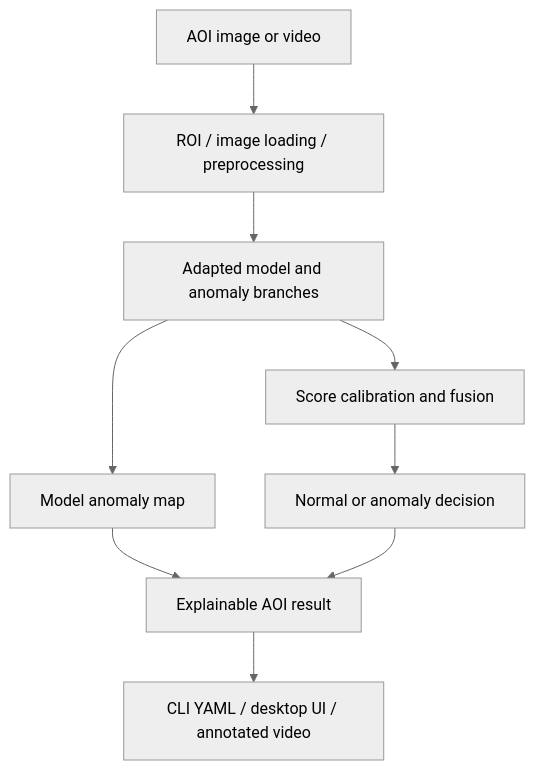
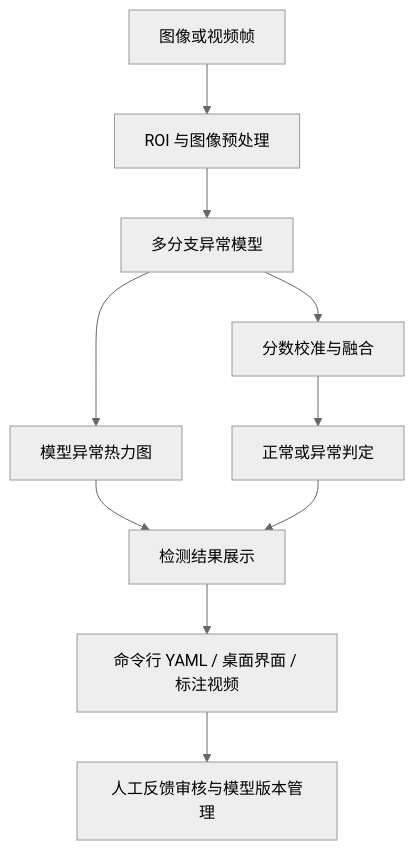
The diagram in README.md (casdad/few-shot-aoi-inspection), drawn with Mermaid (neutral theme) before and after one commit. The commit also changed other lines of this file and 5 other files, not shown here.

````diff
--- a/README.md
+++ b/README.md
@@ -41,11 +26,12 @@
 ```mermaid
 flowchart TD
-    A[AOI image or video] --> B[ROI / image loading / preprocessing]
-    B --> C[Adapted model and anomaly branches]
-    C --> D[Score calibration and fusion]
-    C --> E[Model anomaly map]
-    D --> F[Normal or anomaly decision]
-    E --> G[Explainable AOI result]
+    A[图像或视频帧] --> B[ROI 与图像预处理]
+    B --> C[多分支异常模型]
+    C --> D[分数校准与融合]
+    C --> E[模型异常热力图]
+    D --> F[正常或异常判定]
+    E --> G[检测结果展示]
     F --> G
-    G --> H[CLI YAML / desktop UI / annotated video]
+    G --> H[命令行 YAML / 桌面界面 / 标注视频]
+    H --> I[人工反馈审核与模型版本管理]
 ```
````
